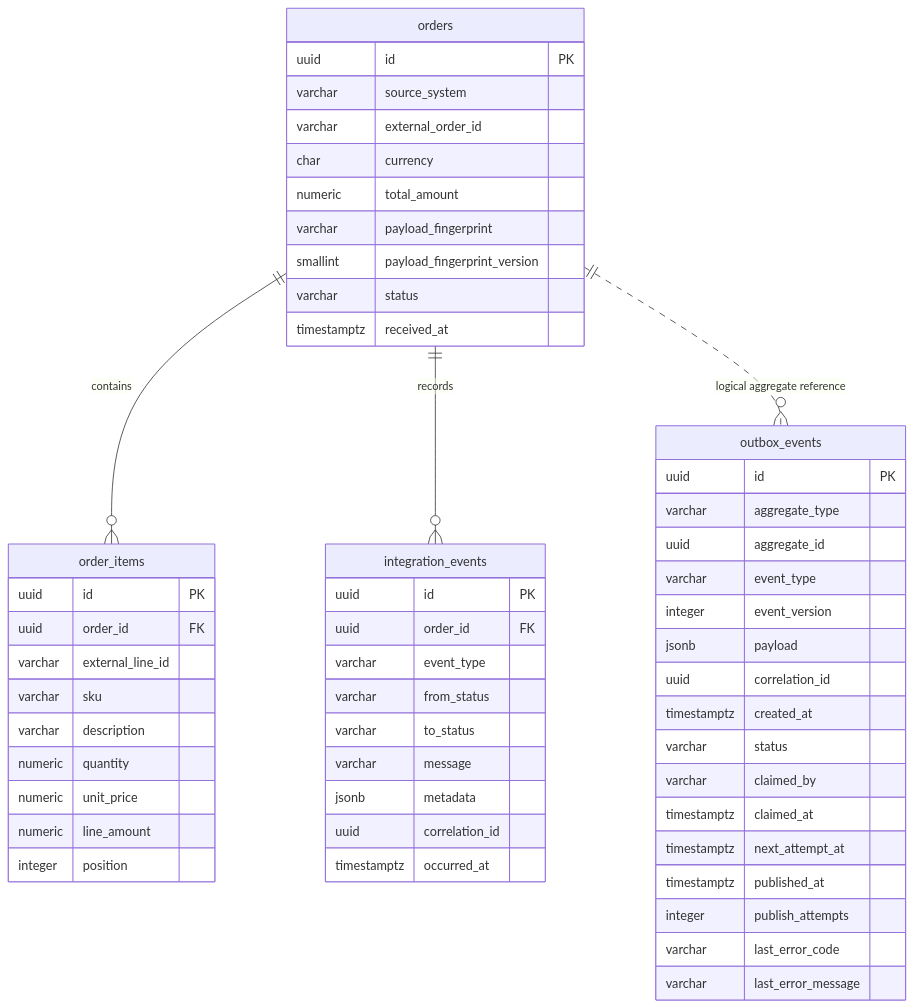
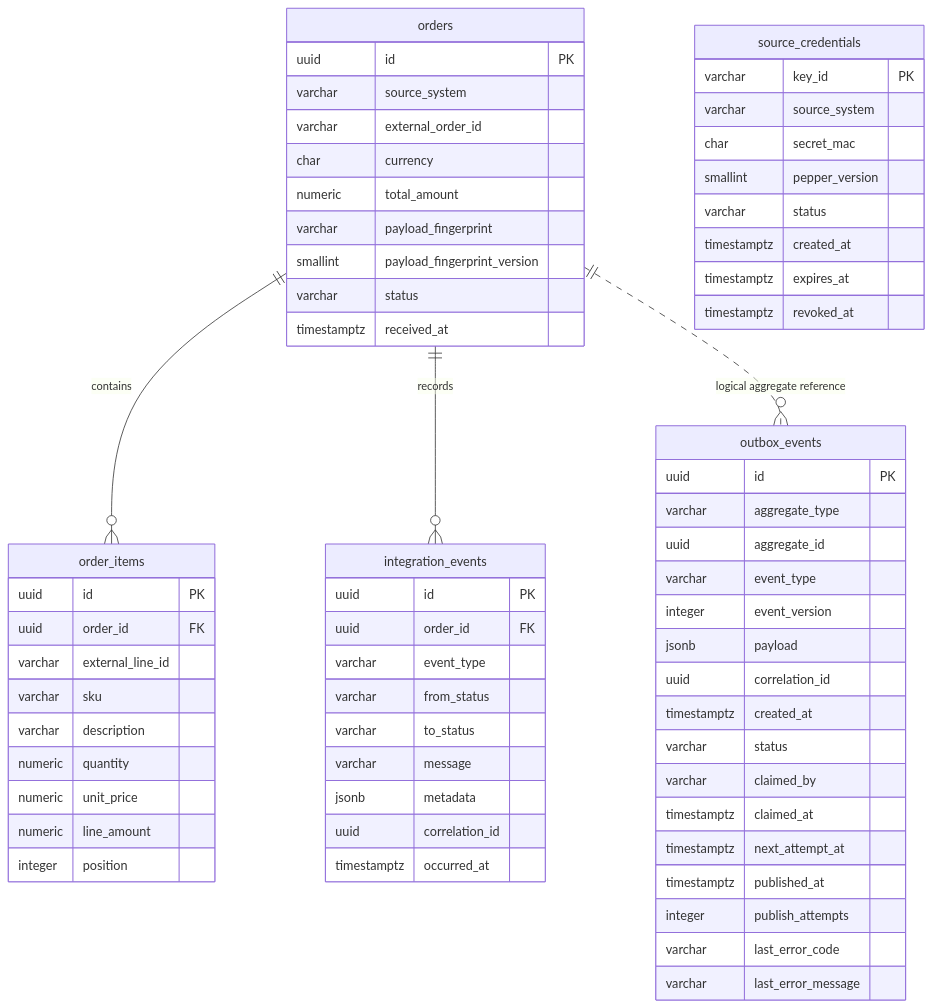
The diagram in docs/data-model.md (PietroRussoD/commerce-integration-hub), drawn with Mermaid before and after one commit. The commit also changed other lines of this file and 3 other files, not shown here.

````diff
--- a/docs/data-model.md
+++ b/docs/data-model.md
@@ -6,61 +6,72 @@
 ```mermaid
 erDiagram
     orders ||--o{ order_items : contains
     orders ||--o{ integration_events : records
     orders ||..o{ outbox_events : "logical aggregate reference"
+
+    source_credentials {
+        varchar key_id PK
+        varchar source_system
+        char secret_mac
+        smallint pepper_version
+        varchar status
+        timestamptz created_at
+        timestamptz expires_at
+        timestamptz revoked_at
+    }
 
     orders {
         uuid id PK
         varchar source_system
         varchar external_order_id
         char currency
         numeric total_amount
         varchar payload_fingerprint
         smallint payload_fingerprint_version
         varchar status
         timestamptz received_at
     }
 
     order_items {
         uuid id PK
         uuid order_id FK
         varchar external_line_id
         varchar sku
         varchar description
         numeric quantity
         numeric unit_price
         numeric line_amount
         integer position
     }
 
     integration_events {
         uuid id PK
         uuid order_id FK
         varchar event_type
         varchar from_status
         varchar to_status
         varchar message
         jsonb metadata
         uuid correlation_id
         timestamptz occurred_at
     }
 
     outbox_events {
         uuid id PK
         varchar aggregate_type
         uuid aggregate_id
         varchar event_type
         integer event_version
         jsonb payload
         uuid correlation_id
         timestamptz created_at
         varchar status
         varchar claimed_by
         timestamptz claimed_at
         timestamptz next_attempt_at
         timestamptz published_at
         integer publish_attempts
         varchar last_error_code
         varchar last_error_message
     }
 ```
````
